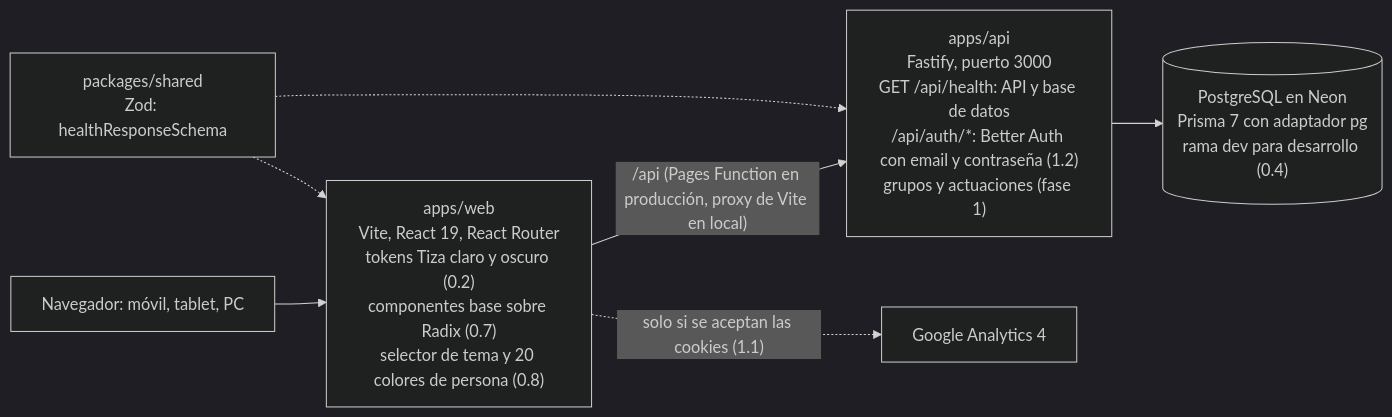
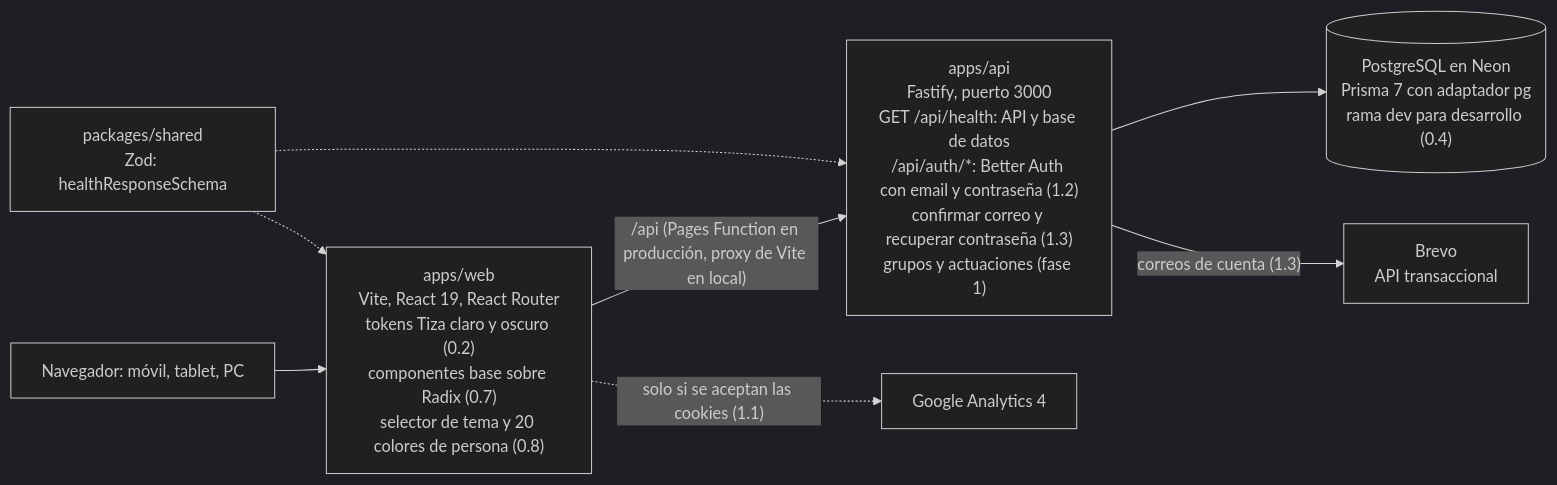
The diagram in documentation/architecture.md (juananmgz/cuadrocorrocalle), drawn with Mermaid (dark theme) before and after one commit. The commit also changed 20 other files, not shown here.

Commit message:
✨ Add email confirmation and password reset with Brevo

````diff
--- a/documentation/architecture.md
+++ b/documentation/architecture.md
@@ -7,9 +7,10 @@
 ```mermaid
 flowchart LR
   U["Navegador: móvil, tablet, PC"] --> W["apps/web<br>Vite, React 19, React Router<br>tokens Tiza claro y oscuro (0.2)<br>componentes base sobre Radix (0.7)<br>selector de tema y 20 colores de persona (0.8)"]
-  W -->|"/api (Pages Function en producción, proxy de Vite en local)"| A["apps/api<br>Fastify, puerto 3000<br>GET /api/health: API y base de datos<br>/api/auth/*: Better Auth con email y contraseña (1.2)<br>grupos y actuaciones (fase 1)"]
+  W -->|"/api (Pages Function en producción, proxy de Vite en local)"| A["apps/api<br>Fastify, puerto 3000<br>GET /api/health: API y base de datos<br>/api/auth/*: Better Auth con email y contraseña (1.2)<br>confirmar correo y recuperar contraseña (1.3)<br>grupos y actuaciones (fase 1)"]
   A --> D[("PostgreSQL en Neon<br>Prisma 7 con adaptador pg<br>rama dev para desarrollo (0.4)")]
   W -.->|"solo si se aceptan las cookies (1.1)"| GA["Google Analytics 4"]
+  A -->|"correos de cuenta (1.3)"| BR["Brevo<br>API transaccional"]
   S["packages/shared<br>Zod: healthResponseSchema"] -.-> W
   S -.-> A
 ```
````
